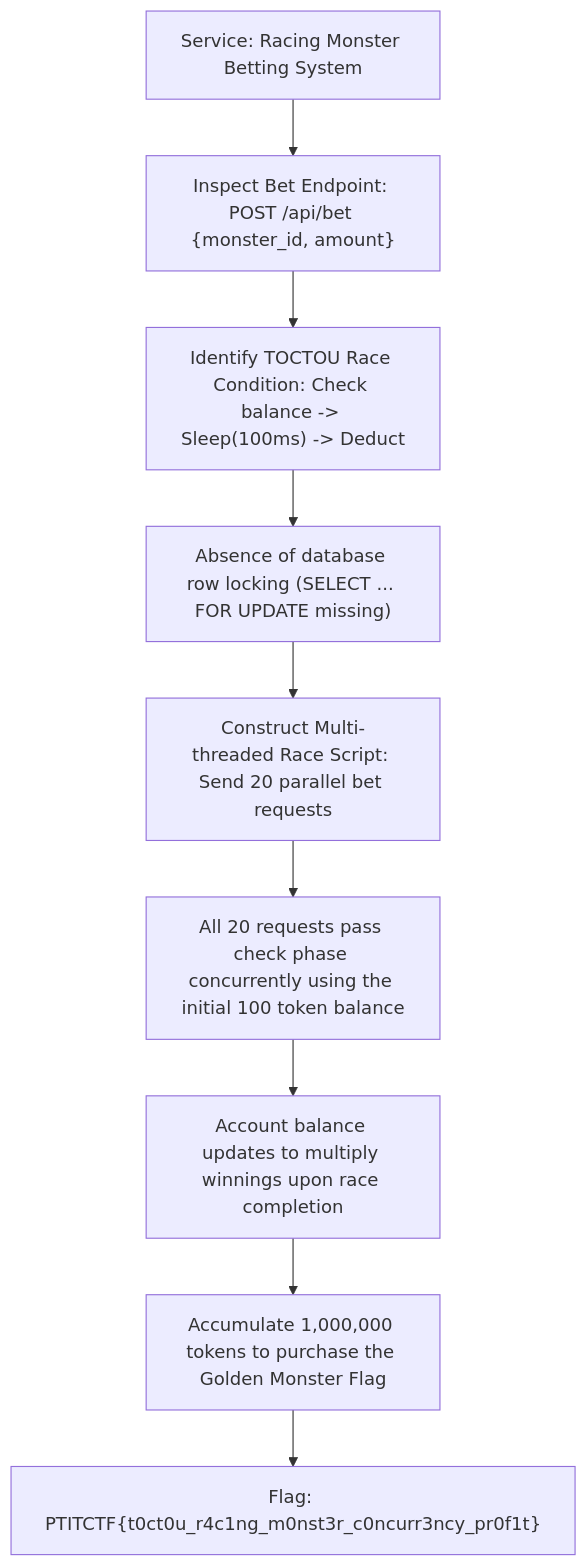
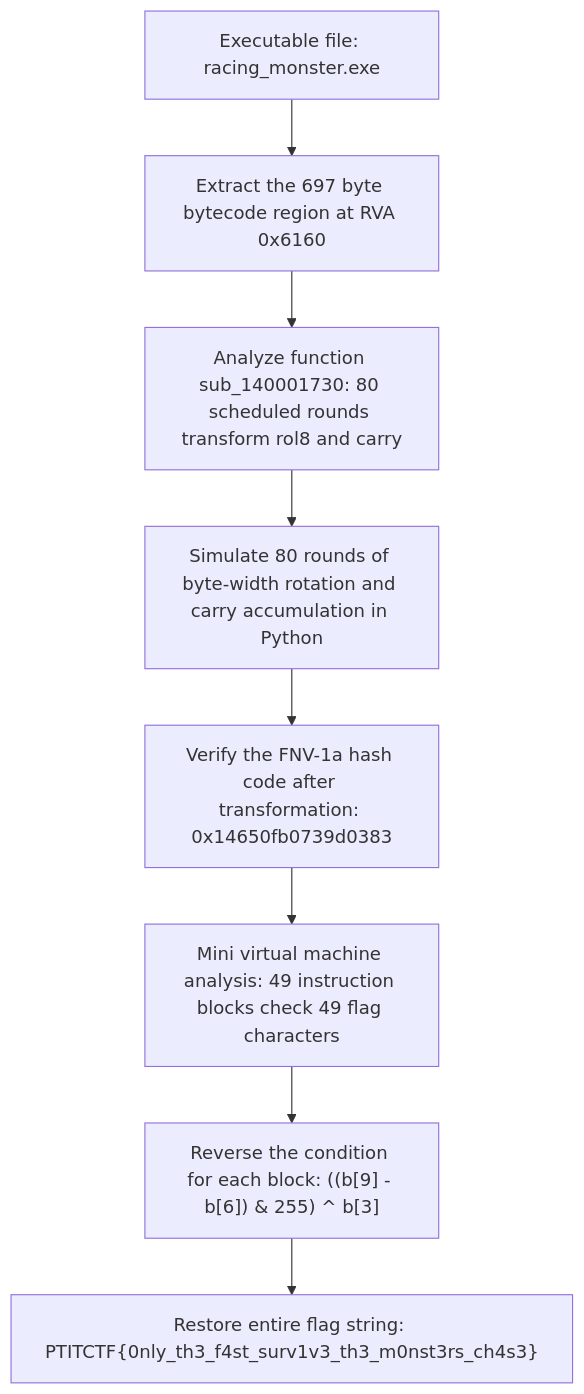
One commit to Lizamort1/ctf-writeups changed the second of 2 diagrams in _posts/2026-09-13-racing-monster.md. Above: the diagram before and after it, drawn with Mermaid. The commit also changed other lines of this file and 42 other files, not shown here.

Commit message:
fix: synchronize bilingual writeups and redraw diagrams

````diff
--- a/_posts/2026-09-13-racing-monster.md
+++ b/_posts/2026-09-13-racing-monster.md
@@ -119,11 +120,10 @@
 ```mermaid
 flowchart TD
-    A["Service: Racing Monster Betting System"] --> B["Inspect Bet Endpoint: POST /api/bet {monster_id, amount}"]
-    B --> C["Identify TOCTOU Race Condition: Check balance -> Sleep(100ms) -> Deduct"]
-    C --> D["Absence of database row locking (SELECT ... FOR UPDATE missing)"]
-    D --> E["Construct Multi-threaded Race Script: Send 20 parallel bet requests"]
-    E --> F["All 20 requests pass check phase concurrently using the initial 100 token balance"]
-    F --> G["Account balance updates to multiply winnings upon race completion"]
-    G --> H["Accumulate 1,000,000 tokens to purchase the Golden Monster Flag"]
-    H --> I["Flag: PTITCTF{t0ct0u_r4c1ng_m0nst3r_c0ncurr3ncy_pr0f1t}"]
+    A["Executable file: racing_monster.exe"] --> B["Extract the 697 byte bytecode region at RVA 0x6160"]
+    B --> C["Analyze function sub_140001730: 80 scheduled rounds transform rol8 and carry"]
+    C --> D["Simulate 80 rounds of byte-width rotation and carry accumulation in Python"]
+    D --> E["Verify the FNV-1a hash code after transformation: 0x14650fb0739d0383"]
+    E --> F["Mini virtual machine analysis: 49 instruction blocks check 49 flag characters"]
+    F --> G["Reverse the condition for each block: ((b[9] - b[6]) & 255) ^ b[3]"]
+    G --> H["Restore entire flag string: PTITCTF{0nly_th3_f4st_surv1v3_th3_m0nst3rs_ch4s3}"]
 ```
````
